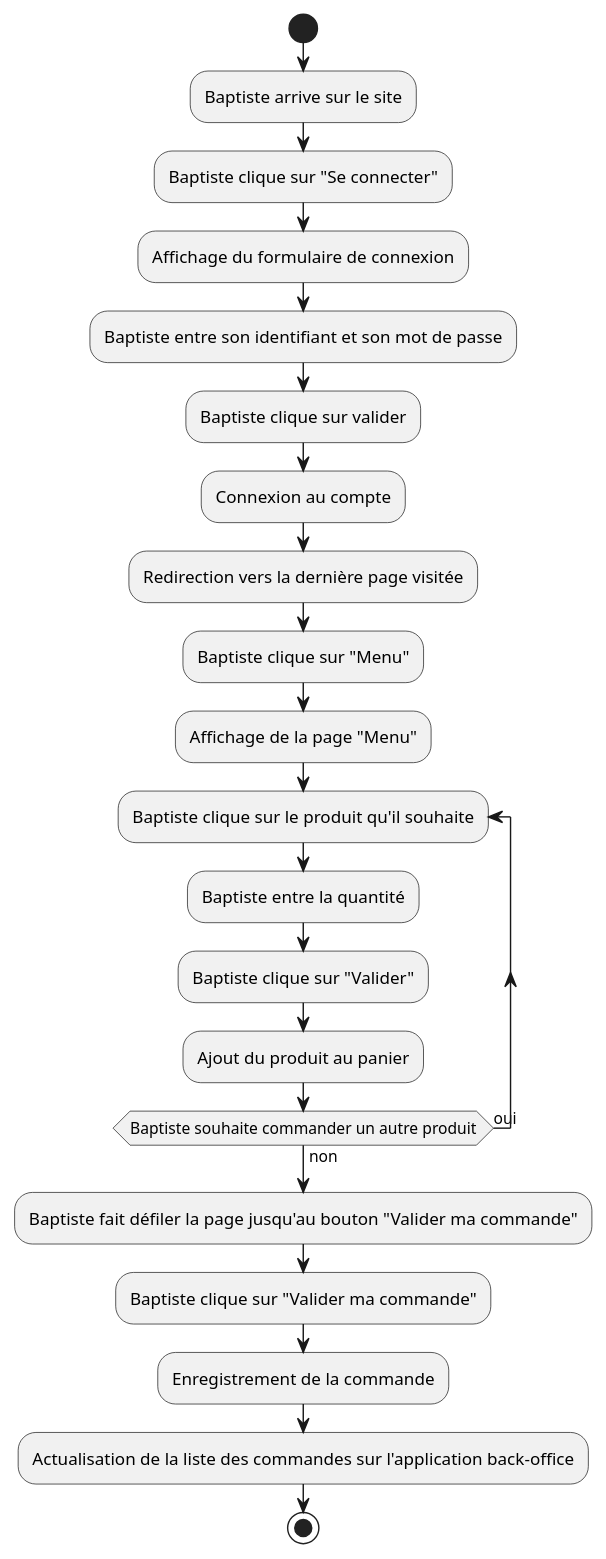
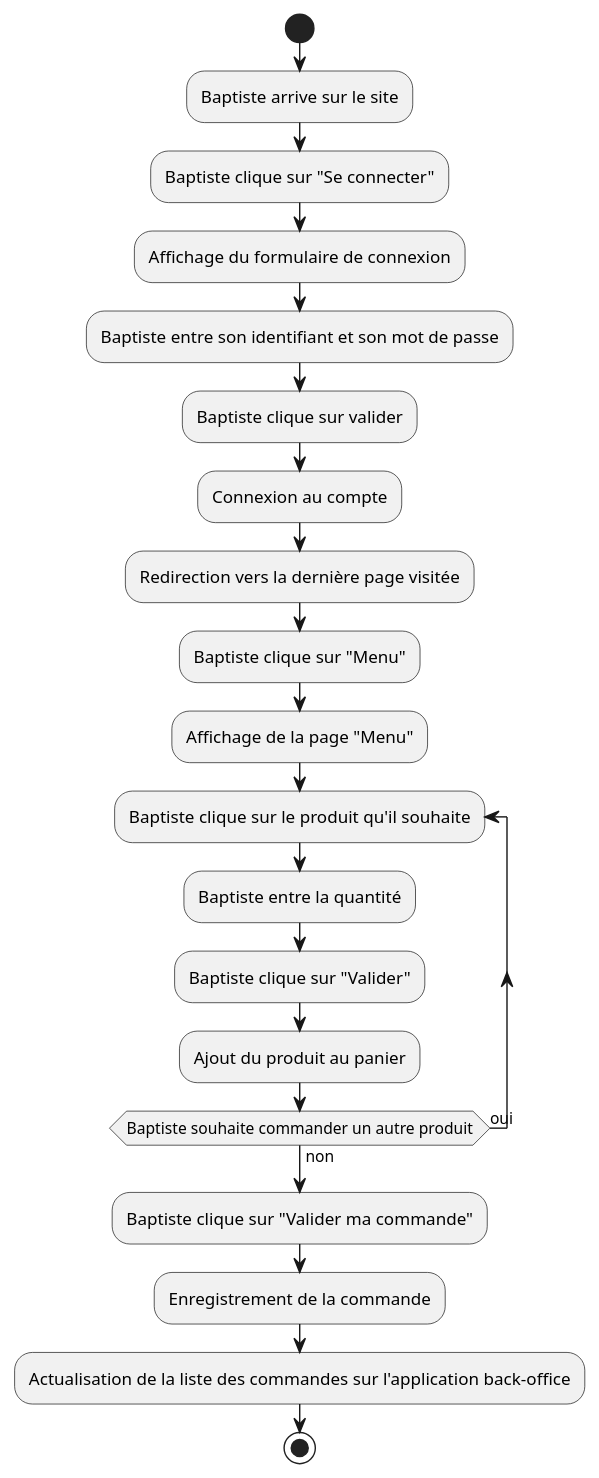
Before and after one commit to Gumpah/project_6: the diagram in diagrams/client_ordering.puml, drawn with PlantUML. The commit also changed 13 other files, not shown here.

Commit message:
Updating diagrams

```diff
--- a/diagrams/client_ordering.puml
+++ b/diagrams/client_ordering.puml
@@ -1,26 +1,25 @@
 @startuml
 'https://plantuml.com/activity-diagram-beta
 
 start
 :Baptiste arrive sur le site;
 :Baptiste clique sur "Se connecter";
 :Affichage du formulaire de connexion;
 :Baptiste entre son identifiant et son mot de passe;
 :Baptiste clique sur valider;
 :Connexion au compte;
 :Redirection vers la dernière page visitée;
 :Baptiste clique sur "Menu";
 :Affichage de la page "Menu";
 repeat :Baptiste clique sur le produit qu'il souhaite;
 :Baptiste entre la quantité;
 :Baptiste clique sur "Valider";
 :Ajout du produit au panier;
 repeat while (Baptiste souhaite commander un autre produit) is (oui) not (non)
-:Baptiste fait défiler la page jusqu'au bouton "Valider ma commande";
 :Baptiste clique sur "Valider ma commande";
 :Enregistrement de la commande;
 :Actualisation de la liste des commandes sur l'application back-office;
 
 stop
 
 @enduml
```
